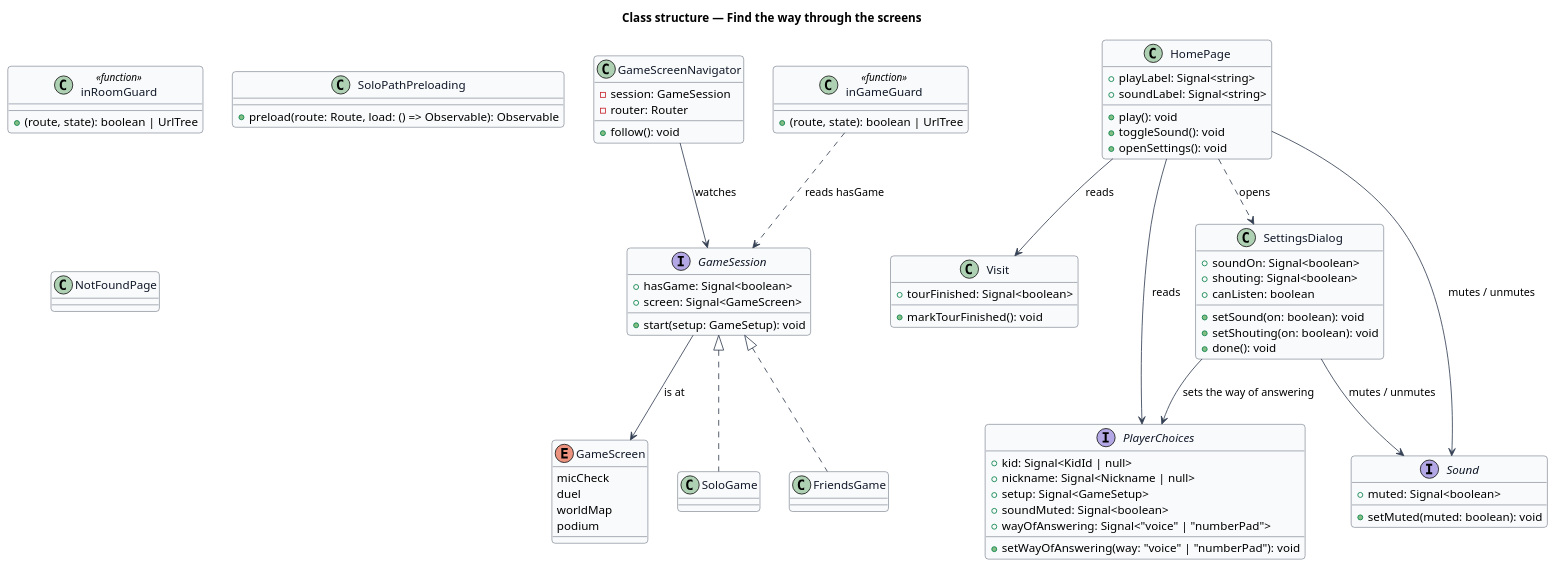
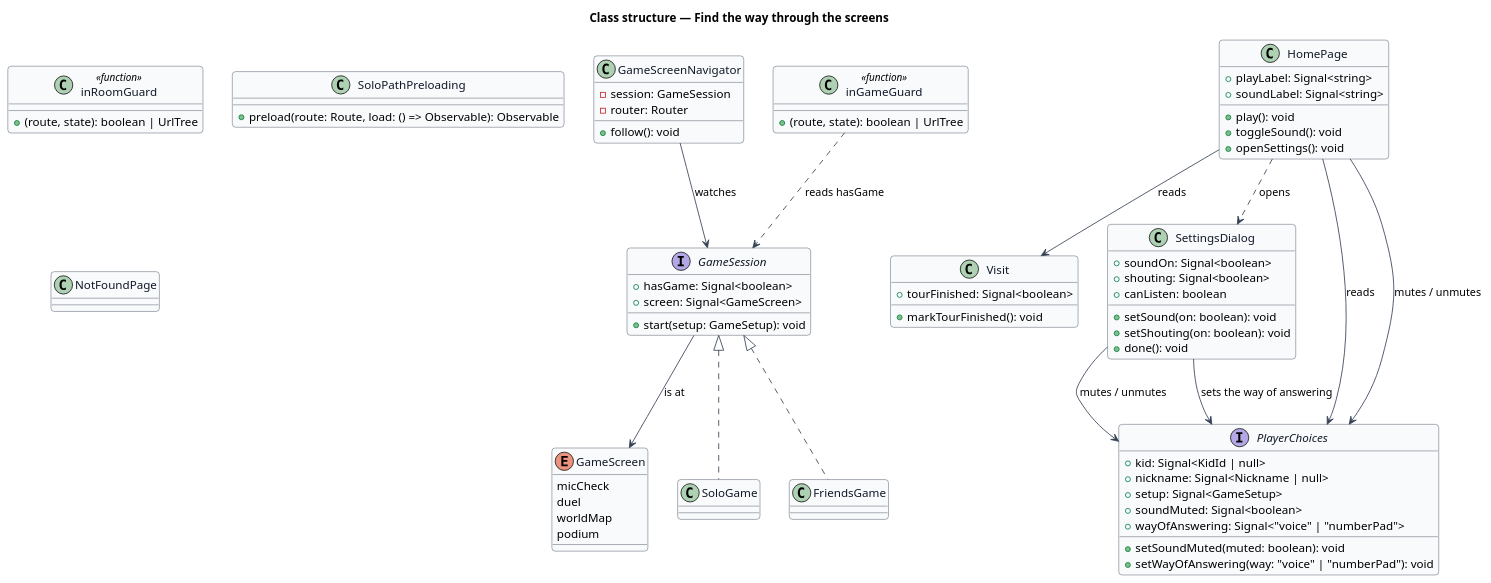
The diagram in docs/detailed-designs/player/find-way-through-screens/diagrams/class-structure.puml (QuinntyneBrown/around-the-world), drawn with PlantUML before and after one commit. The commit also changed 25 other files, not shown here.

```diff
--- a/docs/detailed-designs/player/find-way-through-screens/diagrams/class-structure.puml
+++ b/docs/detailed-designs/player/find-way-through-screens/diagrams/class-structure.puml
@@ -1,87 +1,84 @@
 @startuml
 ' --- shared skin header ---
 skinparam backgroundColor #FFFFFF
 skinparam shadowing false
 skinparam roundcorner 8
 skinparam defaultFontName Arial
 skinparam ArrowColor #344054
 skinparam class {
   BorderColor #344054
   FontColor #101828
   BackgroundColor #F9FAFB
 }
 ' --------------------------
 title Class structure — Find the way through the screens
 
 interface GameSession {
   +hasGame: Signal<boolean>
   +screen: Signal<GameScreen>
   +start(setup: GameSetup): void
 }
 enum GameScreen {
   micCheck
   duel
   worldMap
   podium
 }
 class SoloGame
 class FriendsGame
 class GameScreenNavigator {
   -session: GameSession
   -router: Router
   +follow(): void
 }
 class inGameGuard <<function>> {
   +(route, state): boolean | UrlTree
 }
 class inRoomGuard <<function>> {
   +(route, state): boolean | UrlTree
 }
 class SoloPathPreloading {
   +preload(route: Route, load: () => Observable): Observable
 }
 class Visit {
   +tourFinished: Signal<boolean>
   +markTourFinished(): void
 }
 class HomePage {
   +playLabel: Signal<string>
   +soundLabel: Signal<string>
   +play(): void
   +toggleSound(): void
   +openSettings(): void
 }
 class SettingsDialog {
   +soundOn: Signal<boolean>
   +shouting: Signal<boolean>
   +canListen: boolean
   +setSound(on: boolean): void
   +setShouting(on: boolean): void
   +done(): void
 }
 class NotFoundPage
 interface PlayerChoices {
   +kid: Signal<KidId | null>
   +nickname: Signal<Nickname | null>
   +setup: Signal<GameSetup>
   +soundMuted: Signal<boolean>
+  +setSoundMuted(muted: boolean): void
   +wayOfAnswering: Signal<"voice" | "numberPad">
   +setWayOfAnswering(way: "voice" | "numberPad"): void
-}
-interface Sound {
-  +muted: Signal<boolean>
-  +setMuted(muted: boolean): void
 }
 
 GameSession <|.. SoloGame
 GameSession <|.. FriendsGame
 GameSession --> GameScreen : is at
 GameScreenNavigator --> GameSession : watches
 inGameGuard ..> GameSession : reads hasGame
 HomePage --> PlayerChoices : reads
 HomePage --> Visit : reads
-HomePage --> Sound : mutes / unmutes
+HomePage --> PlayerChoices : mutes / unmutes
 HomePage ..> SettingsDialog : opens
-SettingsDialog --> Sound : mutes / unmutes
+SettingsDialog --> PlayerChoices : mutes / unmutes
 SettingsDialog --> PlayerChoices : sets the way of answering
 @enduml
```
